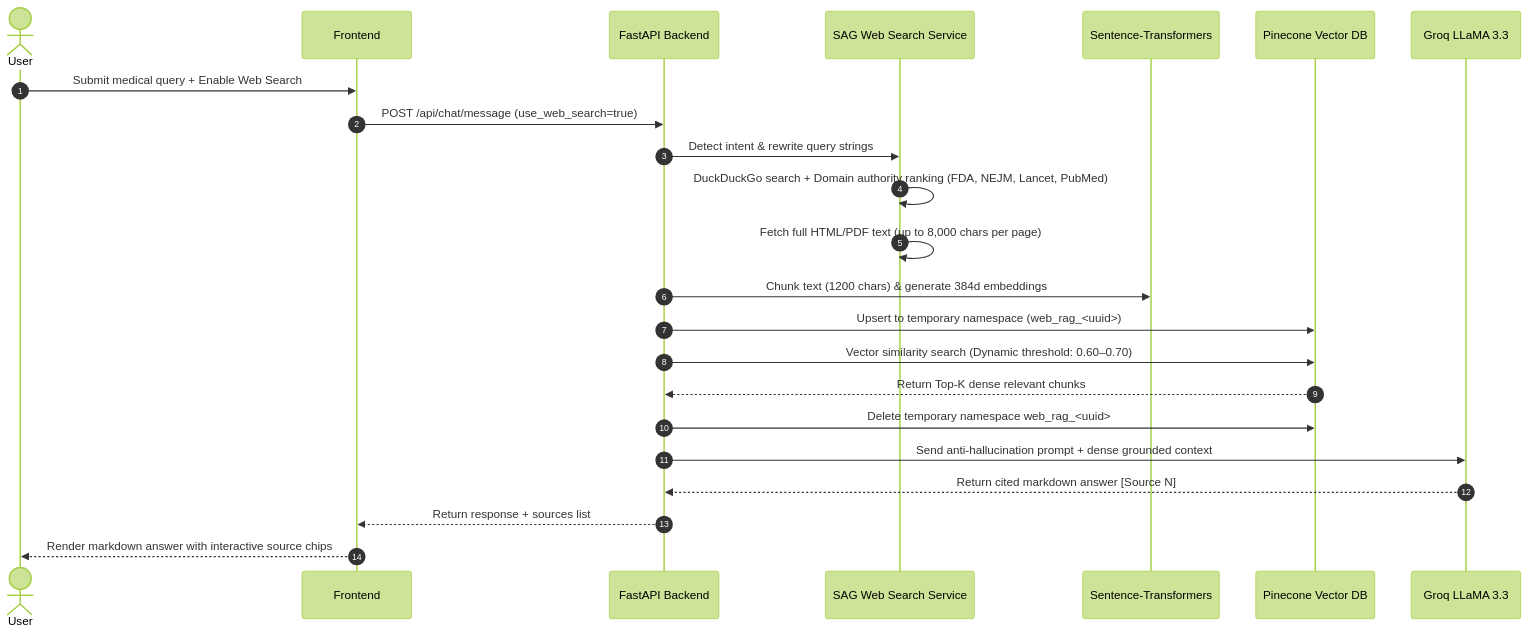
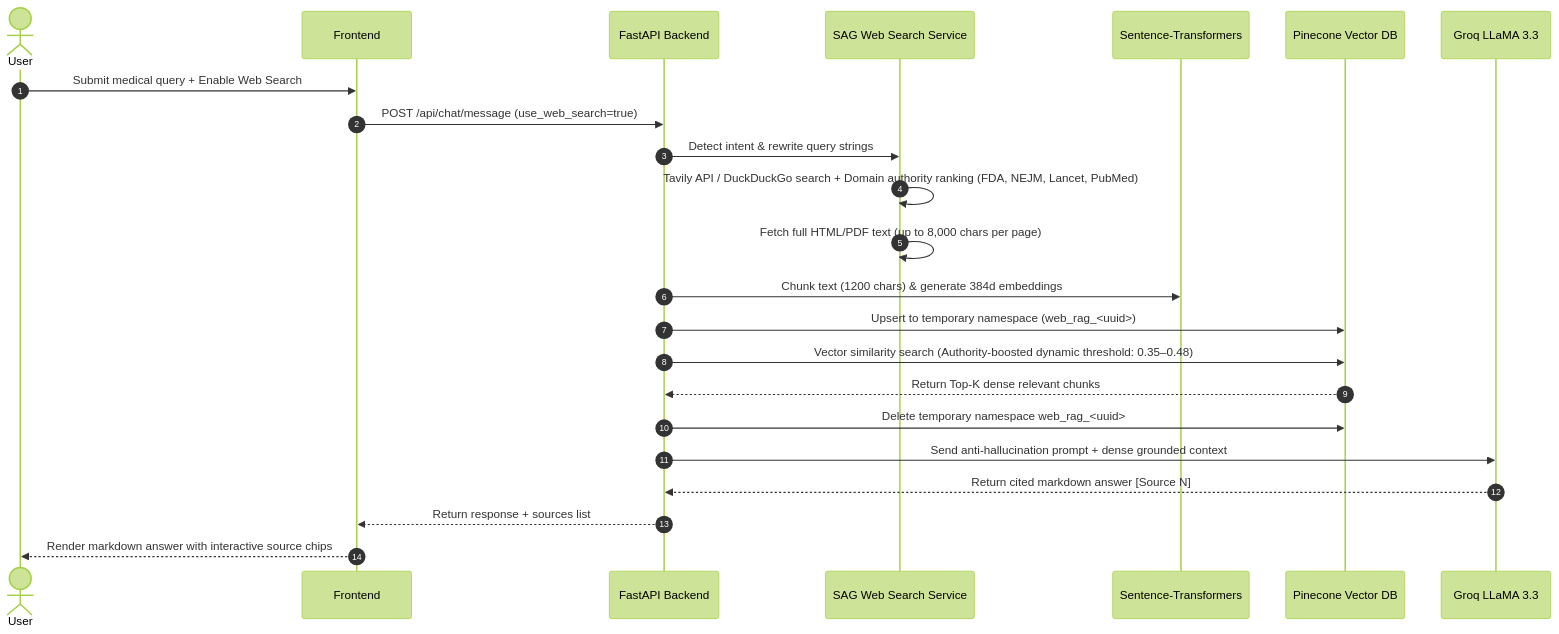
Before and after one commit to yogesh-3324/MedAI-AI-Medical: the second of 3 diagrams in README.md, drawn with Mermaid (forest theme). The commit also changed other lines of this file and 9 other files, not shown here.

Commit message:
feat: upgrade web search engine to Tavily API, add authority boosting & fix dynamic Groq model configuration

````diff
--- a/README.md
+++ b/README.md
@@ -126,26 +126,26 @@
 ```mermaid
 sequenceDiagram
     autonumber
     actor User
     participant Frontend
     participant Backend as FastAPI Backend
     participant SAG as SAG Web Search Service
     participant Embed as Sentence-Transformers
     participant DB as Pinecone Vector DB
     participant LLM as Groq LLaMA 3.3
 
     User->>Frontend: Submit medical query + Enable Web Search
     Frontend->>Backend: POST /api/chat/message (use_web_search=true)
     Backend->>SAG: Detect intent & rewrite query strings
-    SAG->>SAG: DuckDuckGo search + Domain authority ranking (FDA, NEJM, Lancet, PubMed)
+    SAG->>SAG: Tavily API / DuckDuckGo search + Domain authority ranking (FDA, NEJM, Lancet, PubMed)
     SAG->>SAG: Fetch full HTML/PDF text (up to 8,000 chars per page)
     Backend->>Embed: Chunk text (1200 chars) & generate 384d embeddings
     Backend->>DB: Upsert to temporary namespace (web_rag_<uuid>)
-    Backend->>DB: Vector similarity search (Dynamic threshold: 0.60–0.70)
+    Backend->>DB: Vector similarity search (Authority-boosted dynamic threshold: 0.35–0.48)
     DB-->>Backend: Return Top-K dense relevant chunks
     Backend->>DB: Delete temporary namespace web_rag_<uuid>
     Backend->>LLM: Send anti-hallucination prompt + dense grounded context
     LLM-->>Backend: Return cited markdown answer [Source N]
     Backend-->>Frontend: Return response + sources list
     Frontend-->>User: Render markdown answer with interactive source chips
 ```
````
